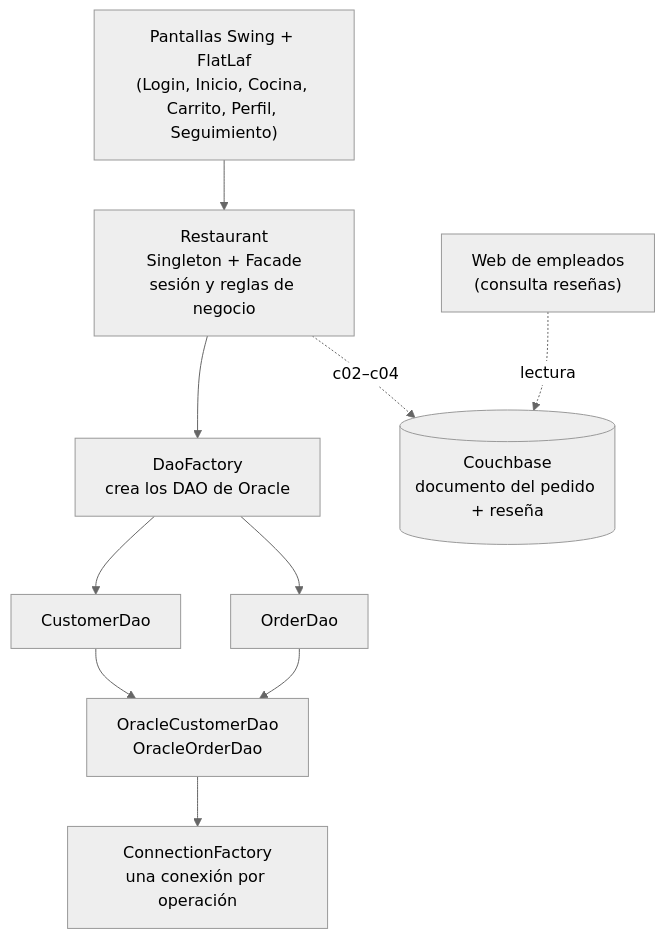
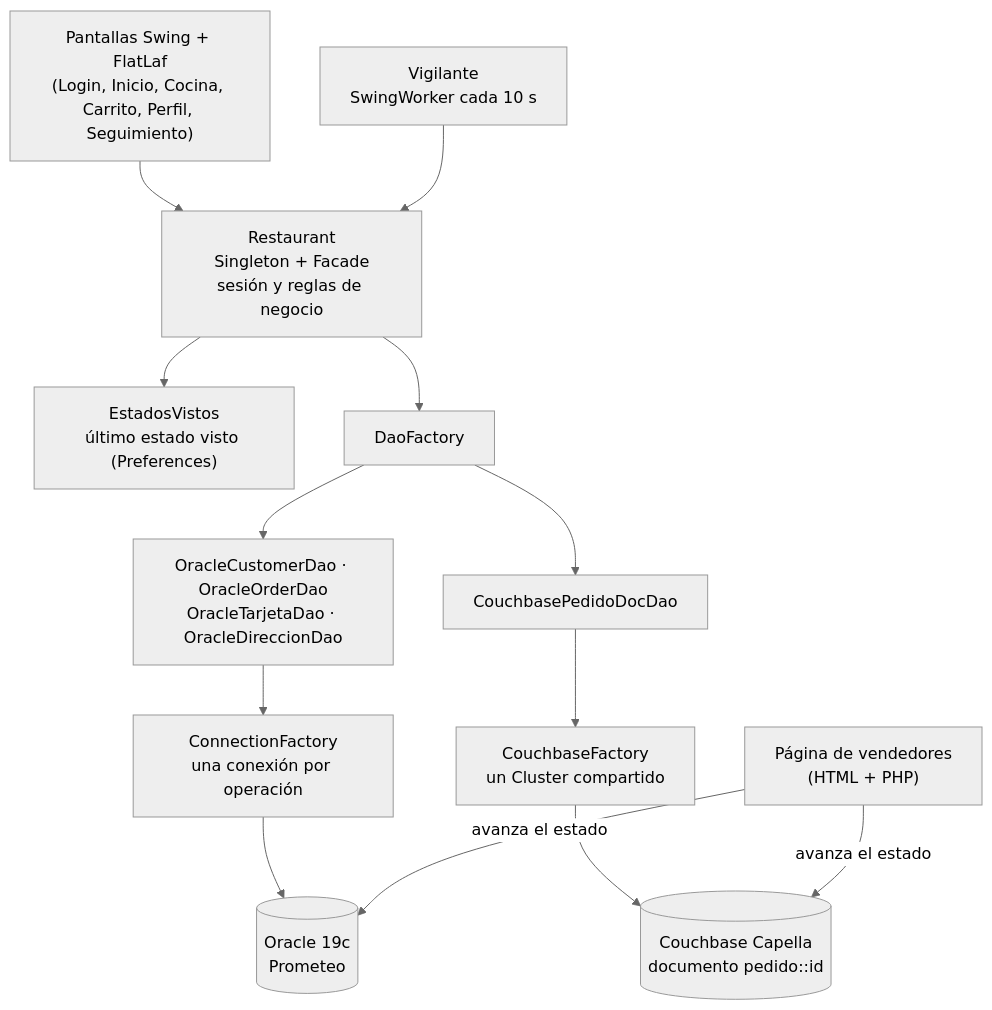
Before and after one commit to Jesusjes00/Le-cartoon-Gourtmet: the diagram in README.md, drawn with Mermaid (neutral theme). The commit also changed other lines of this file and 1 other file, not shown here.

````diff
--- a/README.md
+++ b/README.md
@@ -102,20 +106,26 @@
 ```mermaid
 flowchart TD
     UI["Pantallas Swing + FlatLaf<br/>(Login, Inicio, Cocina, Carrito, Perfil, Seguimiento)"]
+    V["Vigilante<br/>SwingWorker cada 10 s"]
     R["Restaurant<br/>Singleton + Facade<br/>sesión y reglas de negocio"]
-    F["DaoFactory<br/>crea los DAO de Oracle"]
-    CD["CustomerDao"]
-    OD["OrderDao"]
-    OR["OracleCustomerDao<br/>OracleOrderDao"]
+    EV["EstadosVistos<br/>último estado visto (Preferences)"]
+    F["DaoFactory"]
+    ORA["OracleCustomerDao · OracleOrderDao<br/>OracleTarjetaDao · OracleDireccionDao"]
+    CBD["CouchbasePedidoDocDao"]
     CF["ConnectionFactory<br/>una conexión por operación"]
-    CB[("Couchbase<br/>documento del pedido + reseña")]
-    WEB["Web de empleados<br/>(consulta reseñas)"]
+    CBF["CouchbaseFactory<br/>un Cluster compartido"]
+    O[("Oracle 19c<br/>Prometeo")]
+    C[("Couchbase Capella<br/>documento pedido::id")]
+    WEB["Página de vendedores<br/>(HTML + PHP)"]
 
-    UI --> R --> F
-    F --> CD & OD
-    CD --> OR
-    OD --> OR
-    OR --> CF
-    R -. c02–c04 .-> CB
-    WEB -. lectura .-> CB
+    UI --> R
+    V --> R
+    R --> EV
+    R --> F
+    F --> ORA
+    F --> CBD
+    ORA --> CF --> O
+    CBD --> CBF --> C
+    WEB -- avanza el estado --> O
+    WEB -- avanza el estado --> C
 ```
````
